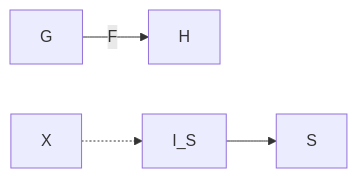
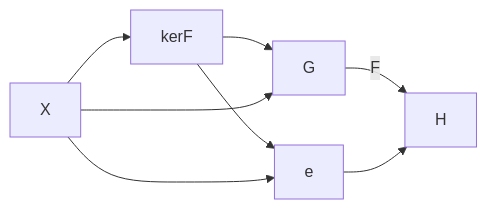
Before and after one commit to mymactive/my-obsidian: the second of 2 diagrams in books/ベーシック圏論.md, drawn with Mermaid.

Commit message:
vault backup: 2022-12-18 00:11:05

````diff
--- a/books/ベーシック圏論.md
+++ b/books/ベーシック圏論.md
@@ -39,6 +39,10 @@
 ```mermaid
 graph LR;
 	G-- F -->H
-	X-.->I_S
-	I_S-->S
+	e --> H
+	kerF --> G
+	kerF --> e
+	X --> G
+	X --> e
+	X --> kerF
 ```
````
